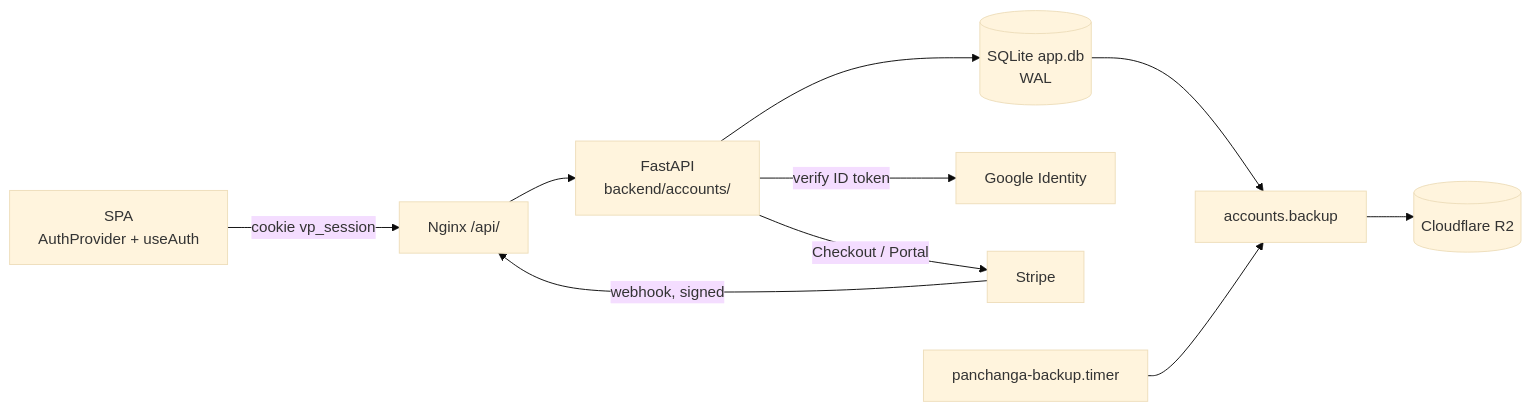
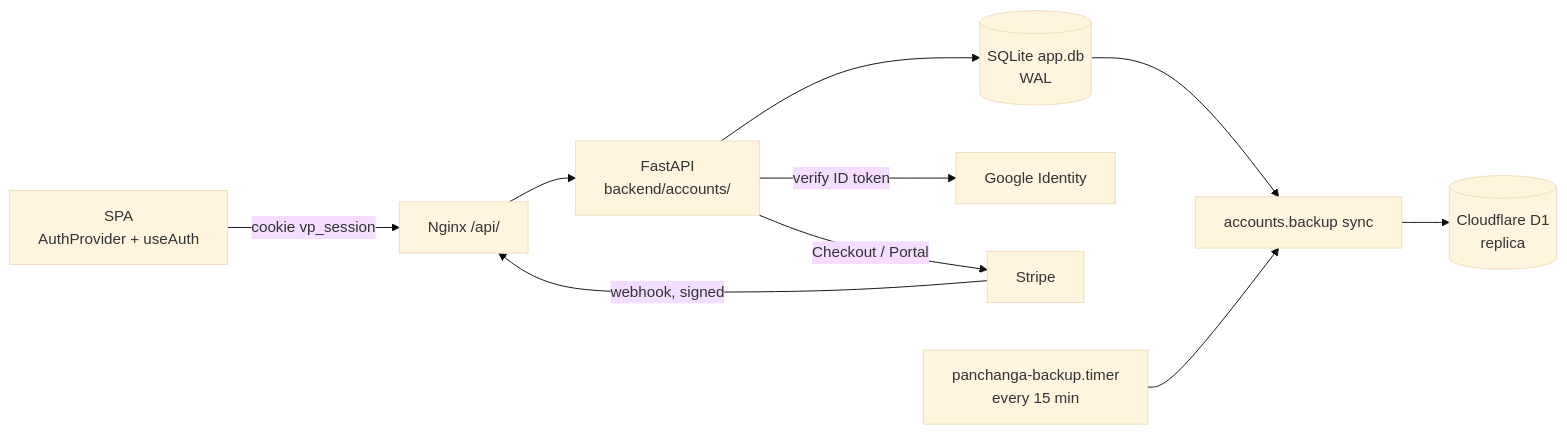
The diagram in plan/accounts-subscriptions.md (bidyashish/vedicpanchanga.com), drawn with Mermaid (base theme) before and after one commit. The commit also changed other lines of this file and 17 other files, not shown here.

````diff
--- a/plan/accounts-subscriptions.md
+++ b/plan/accounts-subscriptions.md
@@ -23,11 +24,11 @@
 ```mermaid
 flowchart LR
   browser[SPA<br/>AuthProvider + useAuth] -->|cookie vp_session| nginx[Nginx /api/]
   nginx --> api[FastAPI<br/>backend/accounts/]
   api --> db[(SQLite app.db<br/>WAL)]
   api -->|verify ID token| google[Google Identity]
   api -->|Checkout / Portal| stripe[Stripe]
   stripe -->|webhook, signed| nginx
-  timer[panchanga-backup.timer] --> backup[accounts.backup] --> r2[(Cloudflare R2)]
+  timer[panchanga-backup.timer<br/>every 15 min] --> backup[accounts.backup sync] --> d1[(Cloudflare D1<br/>replica)]
   db --> backup
 ```
````
